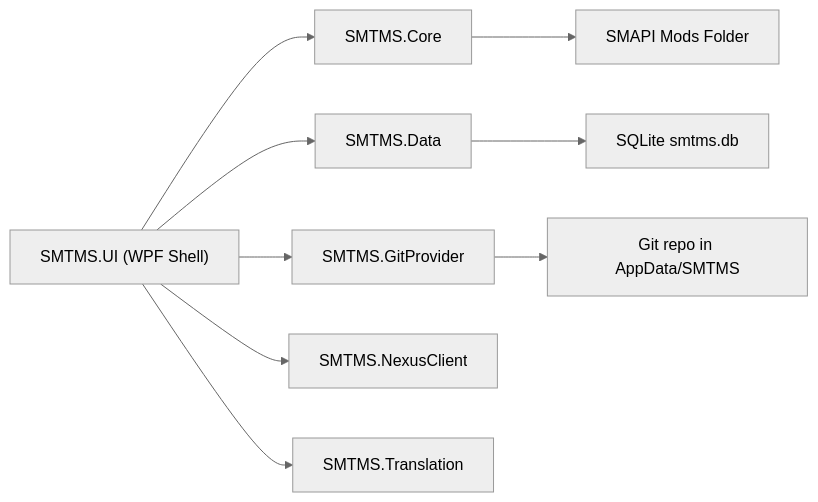
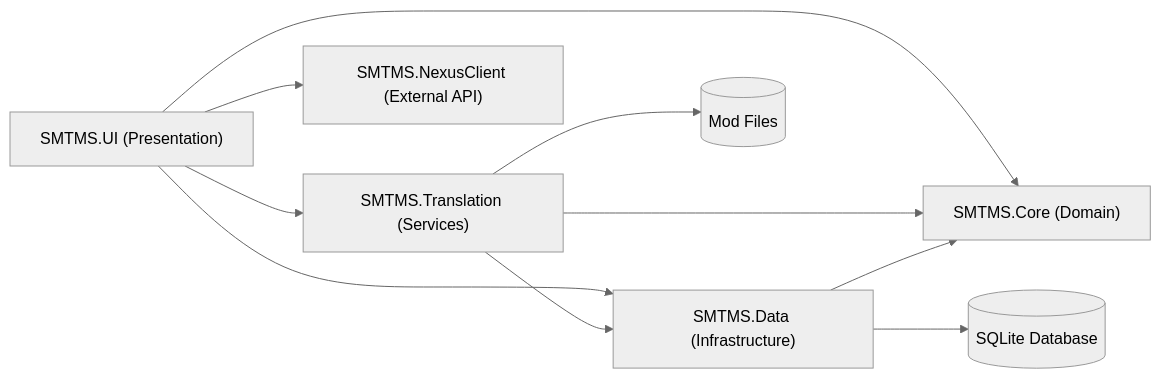
The first of 3 diagrams in docs/ARCHITECTURE.md (Sisyphean-a/SMTMS), drawn with Mermaid (neutral theme) before and after one commit. The commit also changed other lines of this file and 39 other files, not shown here.

First line of the commit message:
refactor: 移除外部 Git 依赖并实现内置 SQLite 增量历史系统

````diff
--- a/docs/ARCHITECTURE.md
+++ b/docs/ARCHITECTURE.md
@@ -15,12 +11,14 @@
 ```mermaid
 flowchart LR
-    UI["SMTMS.UI (WPF Shell)"] --> Core["SMTMS.Core"]
-    UI --> Data["SMTMS.Data"]
-    UI --> Git["SMTMS.GitProvider"]
-    UI --> Nexus["SMTMS.NexusClient"]
-    UI --> Trans["SMTMS.Translation"]
+    UI["SMTMS.UI (Presentation)"] --> Core["SMTMS.Core (Domain)"]
+    UI --> Data["SMTMS.Data (Infrastructure)"]
+    UI --> Trans["SMTMS.Translation (Services)"]
+    UI --> Nexus["SMTMS.NexusClient (External API)"]
 
-    Core --> ModsDir["SMAPI Mods Folder"]
-    Data --> Sqlite["SQLite smtms.db"]
-    Git --> GitRepo["Git repo in AppData/SMTMS"]
+    Trans --> Core
+    Trans --> Data
+    Data --> Core
+    
+    Data --> SqLite[(SQLite Database)]
+    Trans --> Mods[(Mod Files)]
 ```
````
